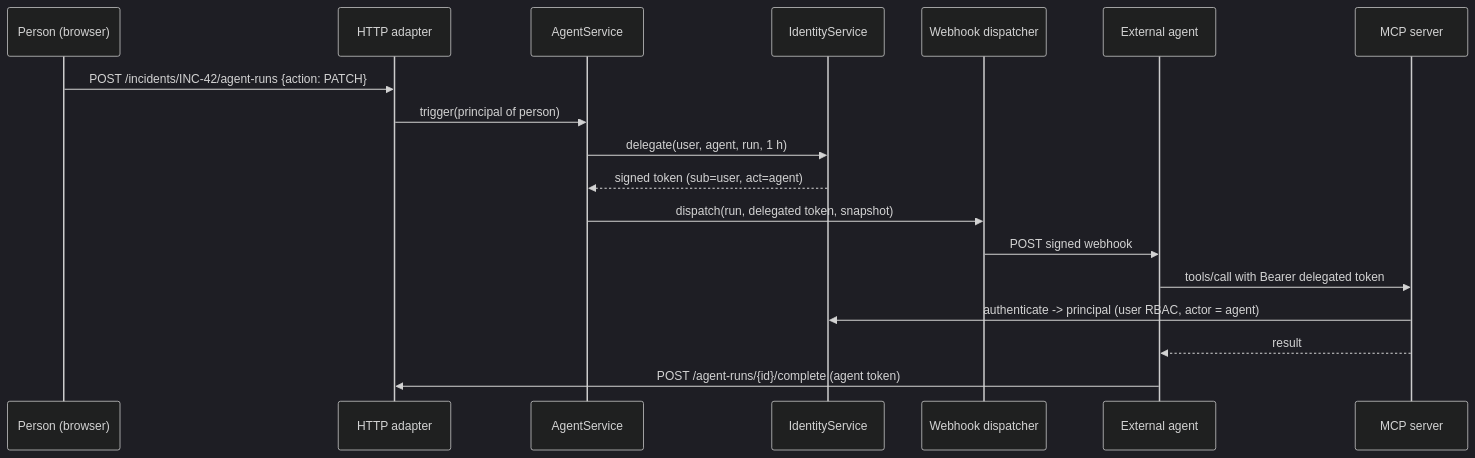
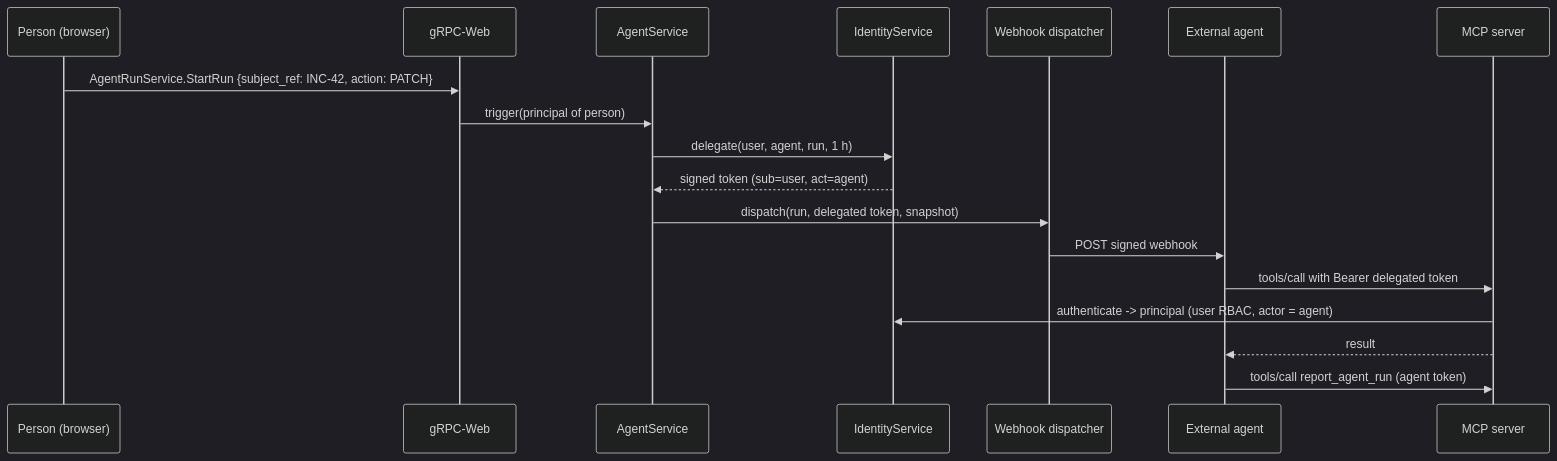
One commit to gigabrain-ideas/mayday changed the fourth of 4 diagrams in docs/architecture.md. Above: the diagram before and after it, drawn with Mermaid (dark theme). The commit also changed other lines of this file and 101 other files, not shown here.

````diff
--- a/docs/architecture.md
+++ b/docs/architecture.md
@@ -133,20 +150,20 @@
 ```mermaid
 sequenceDiagram
   participant U as Person (browser)
-  participant API as HTTP adapter
+  participant API as gRPC-Web
   participant AG as AgentService
   participant ID as IdentityService
   participant WH as Webhook dispatcher
   participant X as External agent
   participant M as MCP server
-  U->>API: POST /incidents/INC-42/agent-runs {action: PATCH}
+  U->>API: AgentRunService.StartRun {subject_ref: INC-42, action: PATCH}
   API->>AG: trigger(principal of person)
   AG->>ID: delegate(user, agent, run, 1 h)
   ID-->>AG: signed token (sub=user, act=agent)
   AG->>WH: dispatch(run, delegated token, snapshot)
   WH->>X: POST signed webhook
   X->>M: tools/call with Bearer delegated token
   M->>ID: authenticate -> principal (user RBAC, actor = agent)
   M-->>X: result
-  X->>API: POST /agent-runs/{id}/complete (agent token)
+  X->>M: tools/call report_agent_run (agent token)
 ```
````
